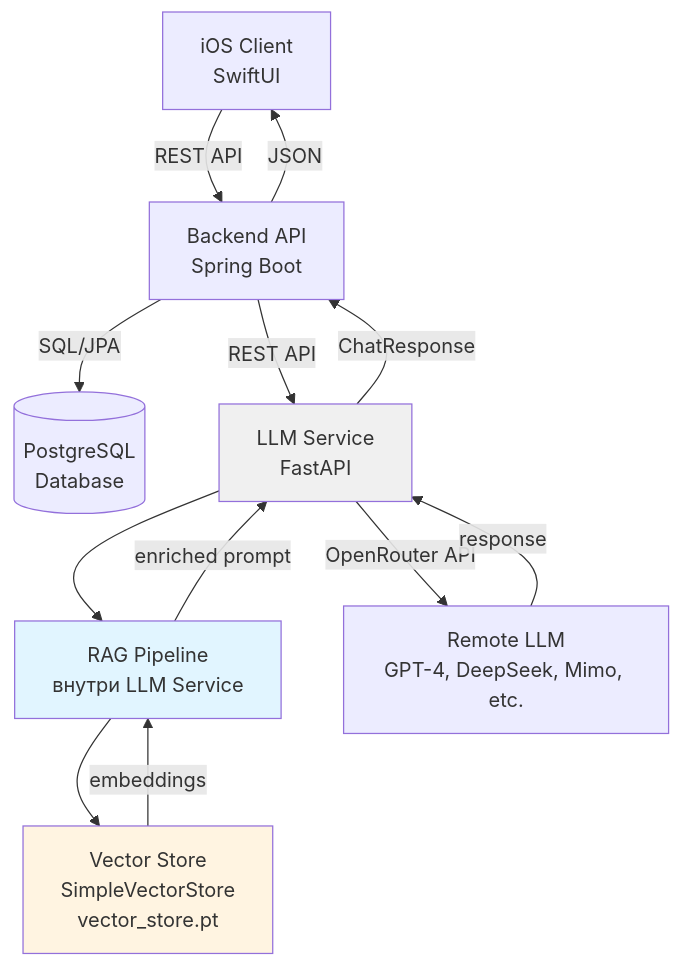
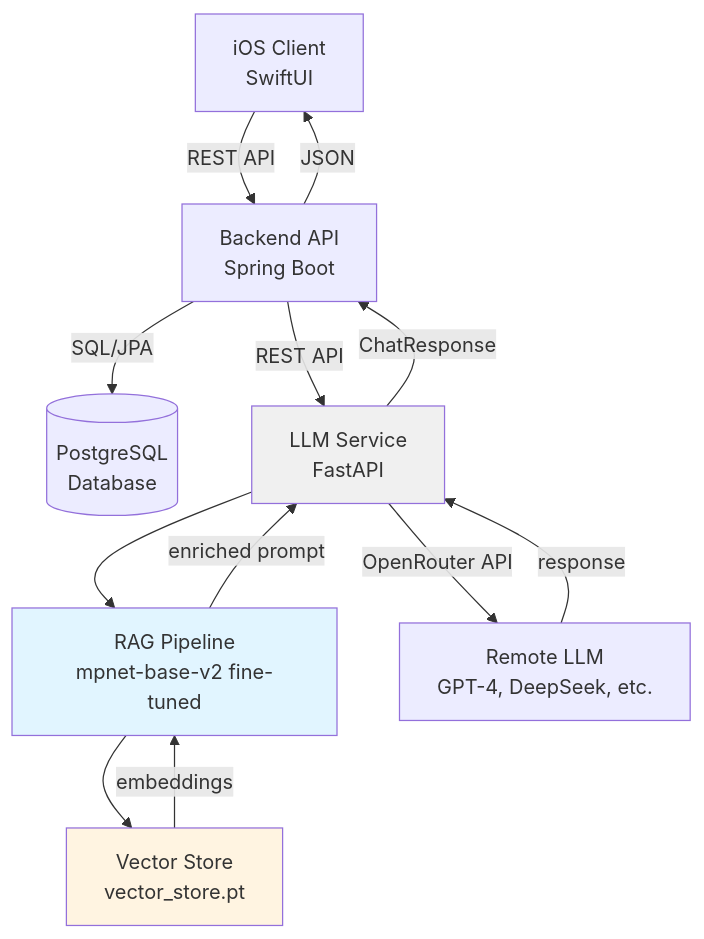
Before and after one commit to Mirsaitoch/HalalAI: the diagram in README.md, drawn with Mermaid. The commit also changed other lines of this file, not shown here.

````diff
--- a/README.md
+++ b/README.md
@@ -52,21 +46,21 @@
 ```mermaid
 graph TB
     iOS[iOS Client<br/>SwiftUI] -->|REST API| Backend[Backend API<br/>Spring Boot]
     Backend -->|SQL/JPA| DB[(PostgreSQL<br/>Database)]
     Backend -->|REST API| LLM[LLM Service<br/>FastAPI]
-    
-    LLM --> RAG[RAG Pipeline<br/>внутри LLM Service]
-    RAG --> Vector[Vector Store<br/>SimpleVectorStore<br/>vector_store.pt]
+
+    LLM --> RAG[RAG Pipeline<br/>mpnet-base-v2 fine-tuned]
+    RAG --> Vector[Vector Store<br/>vector_store.pt]
     Vector -->|embeddings| RAG
-    
+
     RAG -->|enriched prompt| LLM
-    LLM -->|OpenRouter API| Remote[Remote LLM<br/>GPT-4, DeepSeek, Mimo, etc.]
+    LLM -->|OpenRouter API| Remote[Remote LLM<br/>GPT-4, DeepSeek, etc.]
 
     Remote -->|response| LLM
     LLM -->|ChatResponse| Backend
     Backend -->|JSON| iOS
-    
+
     style RAG fill:#e1f5ff
     style Vector fill:#fff4e1
     style LLM fill:#f0f0f0
 ```
````
